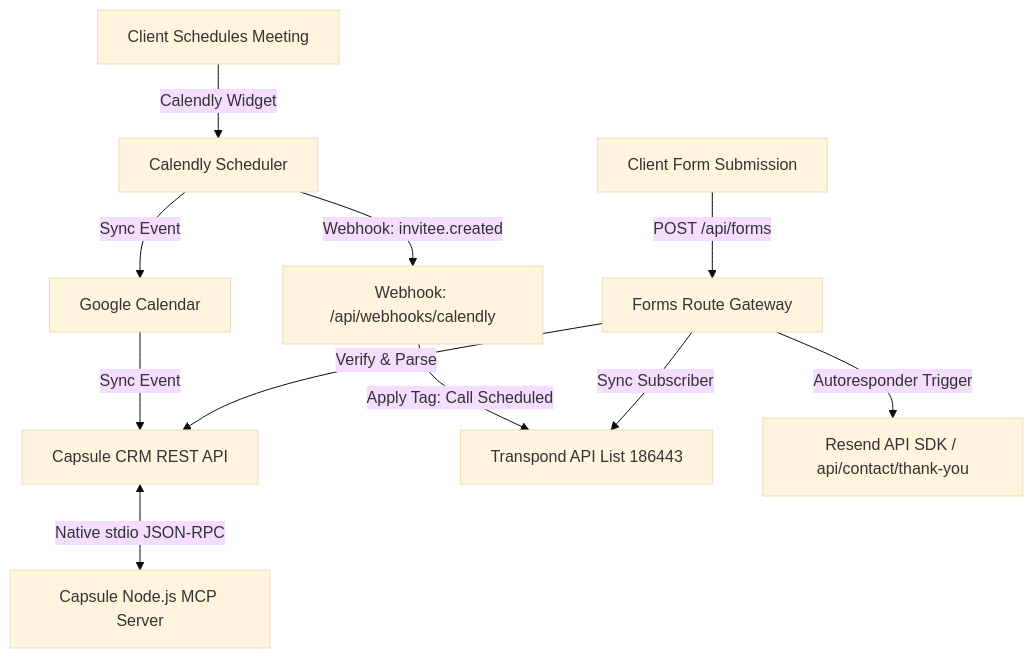
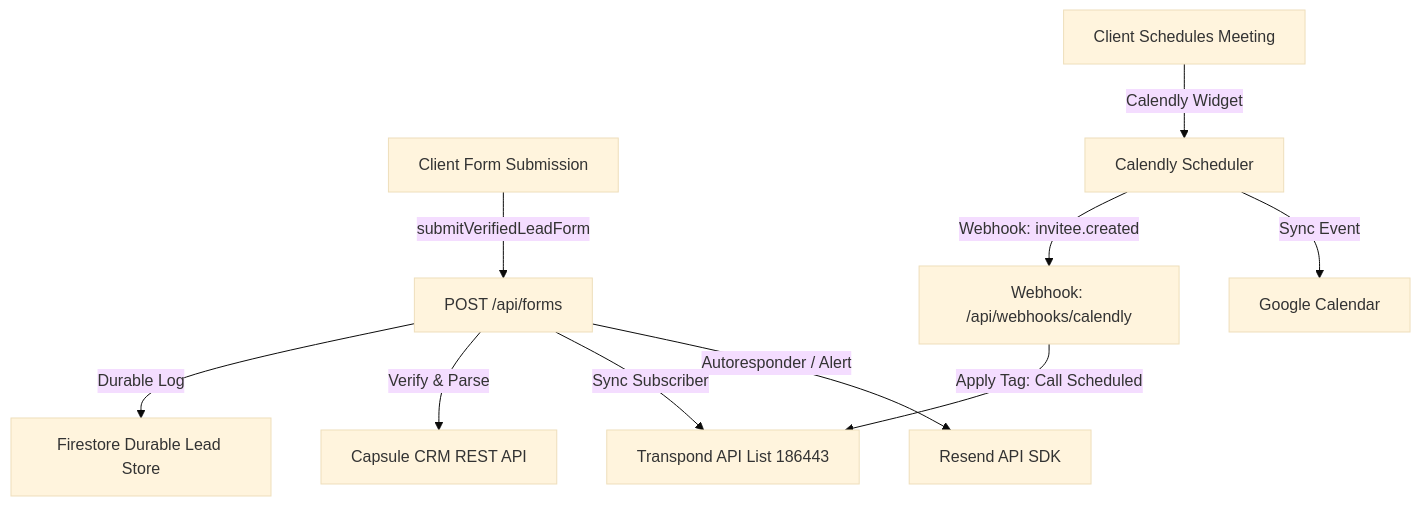
One commit to Power-Digital-Media/powerdigitalmedia.org changed the diagram in context.md. Above: the diagram before and after it, drawn with Mermaid (base theme). The commit also changed other lines of this file and 138 other files, not shown here.

Commit message:
feat: full-site industrial-luxury overhaul, PinCam & PinDrop showcases, SEO/AEO schema & case-by-case scoping

````diff
--- a/context.md
+++ b/context.md
@@ -27,14 +30,13 @@
 ```mermaid
 graph TD
-  User[Client Form Submission] -->|POST /api/forms| API[Forms Route Gateway]
+  User[Client Form Submission] -->|submitVerifiedLeadForm| API[POST /api/forms]
+  API -->|Durable Log| Firestore[Firestore Durable Lead Store]
   API -->|Verify & Parse| Capsule[Capsule CRM REST API]
   API -->|Sync Subscriber| Transpond[Transpond API List 186443]
-  API -->|Autoresponder Trigger| Resend[Resend API SDK / api/contact/thank-you]
-  Capsule <-->|Native stdio JSON-RPC| MCP[Capsule Node.js MCP Server]
+  API -->|Autoresponder / Alert| Resend[Resend API SDK]
 
   ClientBook[Client Schedules Meeting] -->|Calendly Widget| Calendly[Calendly Scheduler]
   Calendly -->|Webhook: invitee.created| WebhookAPI[Webhook: /api/webhooks/calendly]
   WebhookAPI -->|Apply Tag: Call Scheduled| Transpond
   Calendly -->|Sync Event| GoogleCal[Google Calendar]
-  GoogleCal -->|Sync Event| Capsule
 ```
````
